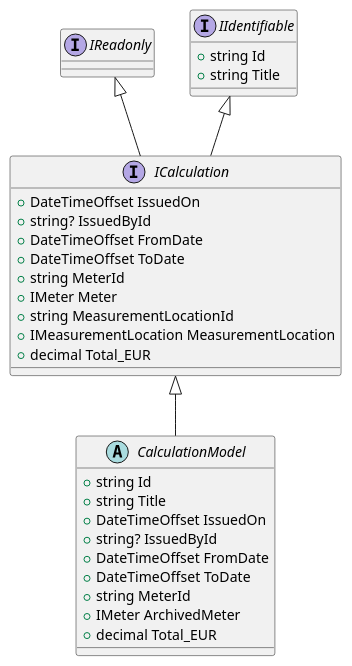
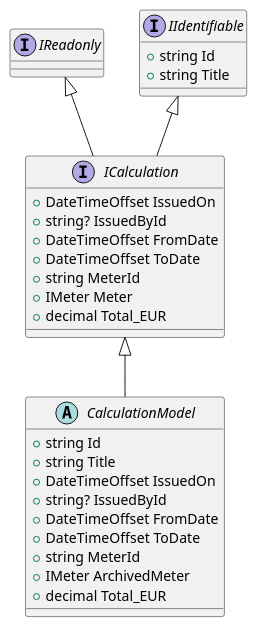
One commit to altibiz/ozds changed diagram 23 of 29 in docs/structure/business/index.md. Above: the diagram before and after it, drawn with PlantUML. The commit also changed other lines of this file and 2 other files, not shown here.

````diff
--- a/docs/structure/business/index.md
+++ b/docs/structure/business/index.md
@@ -798,39 +798,37 @@
 ```plantuml
 interface IReadonly
 
 interface IIdentifiable
 {
   + string Id
   + string Title
 }
 
 interface ICalculation
 {
   + DateTimeOffset IssuedOn
   + string? IssuedById
   + DateTimeOffset FromDate
   + DateTimeOffset ToDate
   + string MeterId
   + IMeter Meter
-  + string MeasurementLocationId
-  + IMeasurementLocation MeasurementLocation
   + decimal Total_EUR
 }
 
 abstract class CalculationModel
 {
   + string Id
   + string Title
   + DateTimeOffset IssuedOn
   + string? IssuedById
   + DateTimeOffset FromDate
   + DateTimeOffset ToDate
   + string MeterId
   + IMeter ArchivedMeter
   + decimal Total_EUR
 }
 
 IReadonly <|-- ICalculation
 IIdentifiable <|-- ICalculation
 ICalculation <|-- CalculationModel
 ```
````
